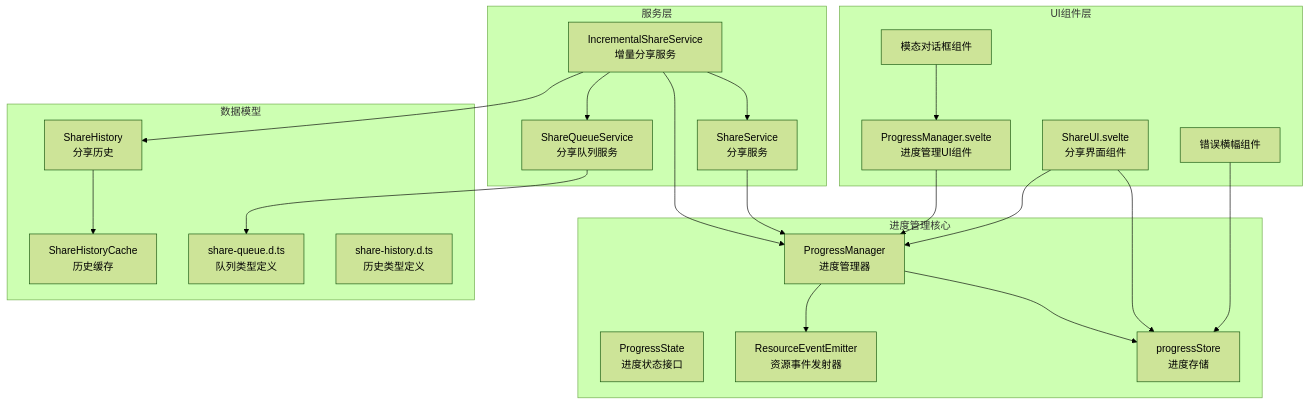
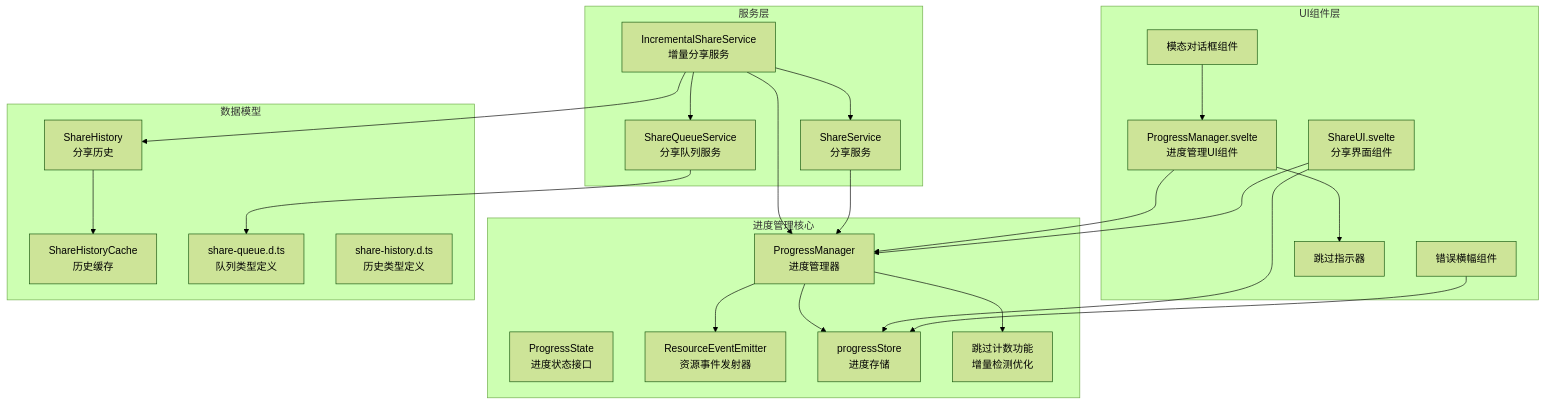
The first of 10 diagrams in .qoder/repowiki/zh/content/Progress Management Enhancements.md (terwerinc/siyuan-plugin-share-pro), drawn with Mermaid (forest theme) before and after one commit. The commit also changed other lines of this file and 12 other files, not shown here.

````diff
--- a/.qoder/repowiki/zh/content/Progress Management Enhancements.md
+++ b/.qoder/repowiki/zh/content/Progress Management Enhancements.md
@@ -71,40 +73,44 @@
 ```mermaid
 graph TB
 subgraph "进度管理核心"
 PM[ProgressManager<br/>进度管理器]
 PS[ProgressState<br/>进度状态接口]
 RES[ResourceEventEmitter<br/>资源事件发射器]
 PStore[progressStore<br/>进度存储]
+SKIPPED[跳过计数功能<br/>增量检测优化]
 end
 subgraph "UI组件层"
 PMSvelte[ProgressManager.svelte<br/>进度管理UI组件]
 ShareUI[ShareUI.svelte<br/>分享界面组件]
 ErrorBanner[错误横幅组件]
 ModalDialog[模态对话框组件]
+SkippedIndicator[跳过指示器]
 end
 subgraph "服务层"
 ISS[IncrementalShareService<br/>增量分享服务]
 SQS[ShareQueueService<br/>分享队列服务]
 SS[ShareService<br/>分享服务]
 end
 subgraph "数据模型"
 SH[ShareHistory<br/>分享历史]
 SHC[ShareHistoryCache<br/>历史缓存]
 TQ[share-queue.d.ts<br/>队列类型定义]
 TH[share-history.d.ts<br/>历史类型定义]
 end
 PM --> PStore
 PM --> RES
+PM --> SKIPPED
 ISS --> PM
 ISS --> SQS
 ISS --> SS
 SS --> PM
 SQS --> TQ
 ISS --> SH
 SH --> SHC
 PMSvelte --> PM
+PMSvelte --> SkippedIndicator
 ShareUI --> PM
 ShareUI --> PStore
 ErrorBanner --> PStore
 ModalDialog --> PMSvelte
 ```
````
